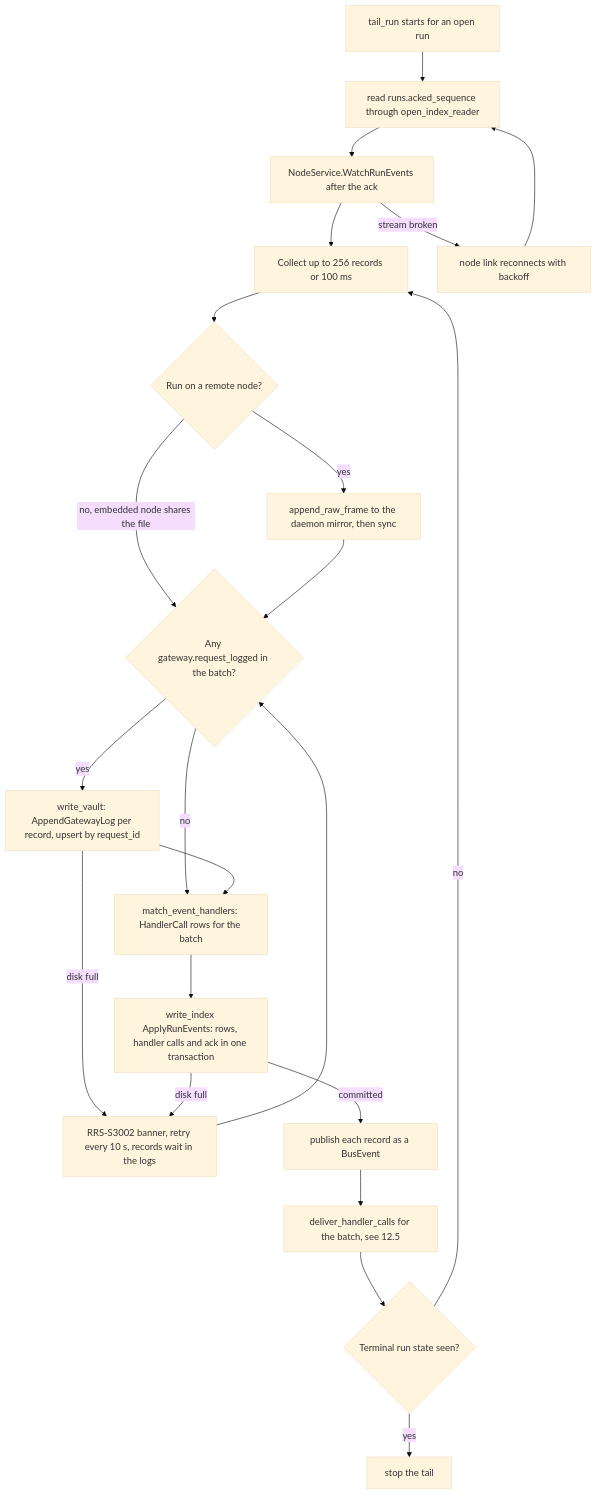
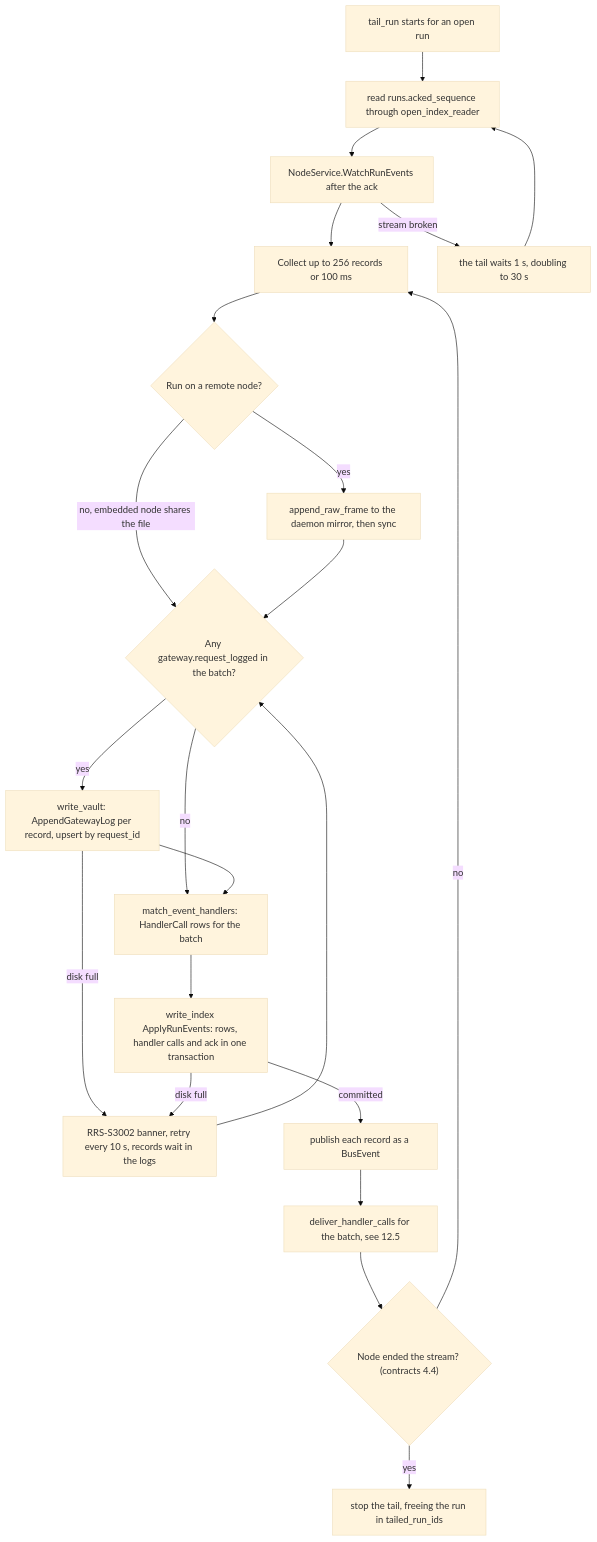
The fifth of 7 diagrams in docs/architecture/layout/rust-control-plane.md (Snubiss/RASTAI-Research-Studio), drawn with Mermaid (base theme) before and after one commit. The commit also changed other lines of this file and 19 other files, not shown here.

````diff
--- a/docs/architecture/layout/rust-control-plane.md
+++ b/docs/architecture/layout/rust-control-plane.md
@@ -3281,24 +3284,24 @@
 ```mermaid
 flowchart TD
   A["tail_run starts for an open run"] --> B["read runs.acked_sequence through open_index_reader"]
   B --> C["NodeService.WatchRunEvents after the ack"]
   C --> D["Collect up to 256 records or 100 ms"]
   D --> R{"Run on a remote node?"}
   R -->|"yes"| M["append_raw_frame to the daemon mirror, then sync"]
   R -->|"no, embedded node shares the file"| G
   M --> G{"Any gateway.request_logged in the batch?"}
   G -->|"yes"| V["write_vault: AppendGatewayLog per record, upsert by request_id"]
   G -->|"no"| H
   V --> H["match_event_handlers: HandlerCall rows for the batch"]
   V -->|"disk full"| DF
   H --> W["write_index ApplyRunEvents: rows, handler calls and ack in one transaction"]
   W -->|"disk full"| DF["RRS-S3002 banner, retry every 10 s, records wait in the logs"]
   DF --> G
   W -->|"committed"| P["publish each record as a BusEvent"]
   P --> Q["deliver_handler_calls for the batch, see 12.5"]
-  Q --> T{"Terminal run state seen?"}
+  Q --> T{"Node ended the stream? (contracts 4.4)"}
   T -->|"no"| D
-  T -->|"yes"| X["stop the tail"]
-  C -->|"stream broken"| L["node link reconnects with backoff"]
+  T -->|"yes"| X["stop the tail, freeing the run in tailed_run_ids"]
+  C -->|"stream broken"| L["the tail waits 1 s, doubling to 30 s"]
   L --> B
 ```
````
